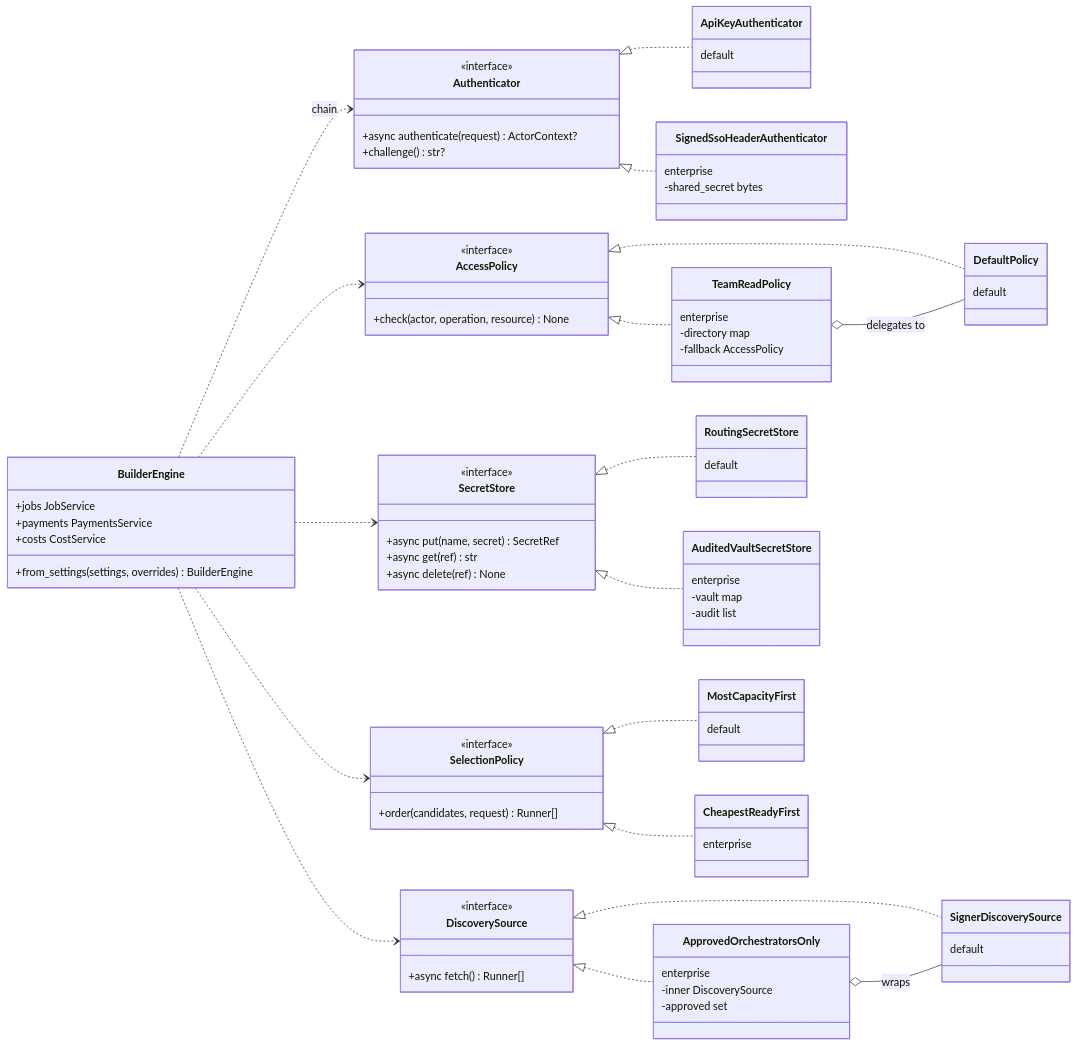
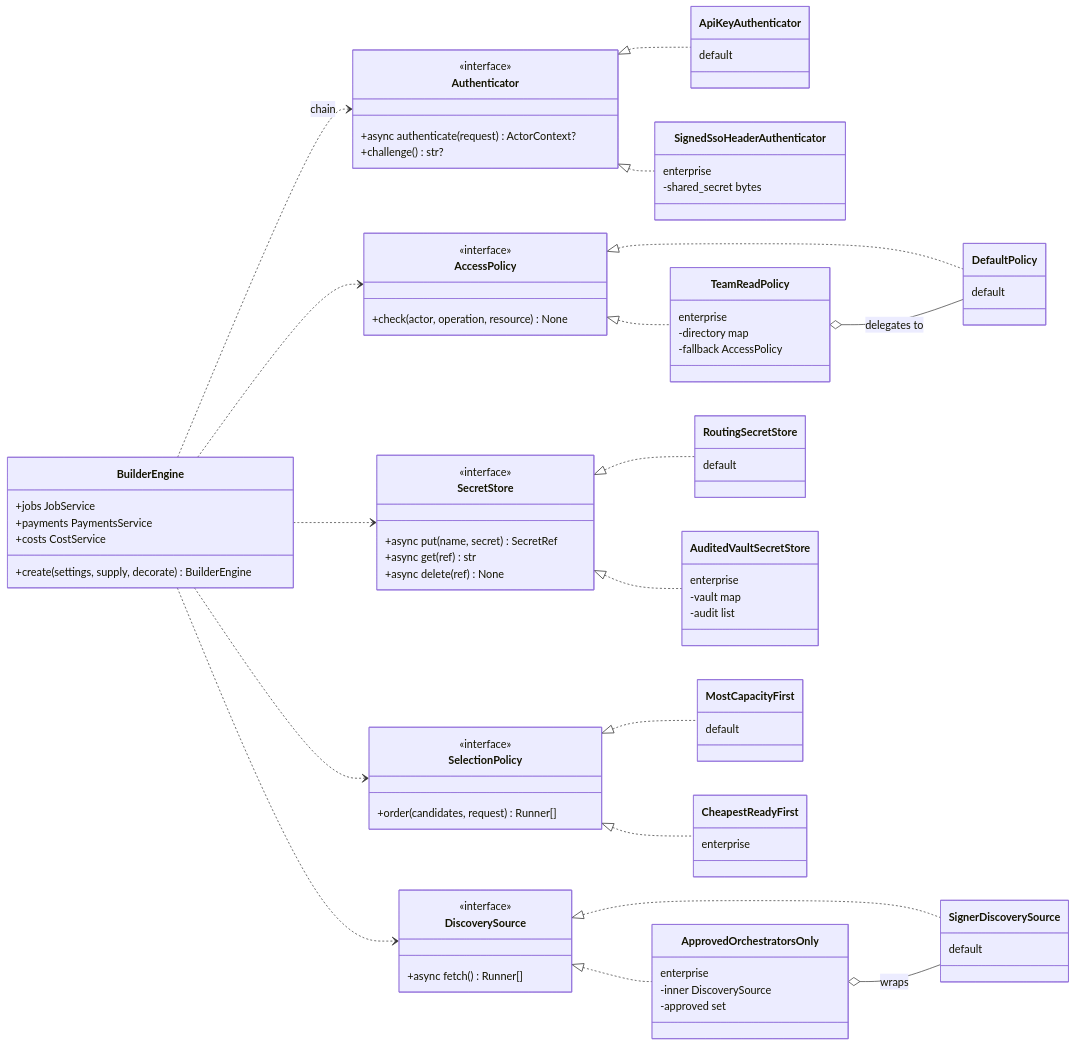
The diagram in docs/design-docs/extending-the-engine.md (NE-Build-Track/livepeer-builder-core), drawn with Mermaid before and after one commit. The commit also changed other lines of this file and 4 other files, not shown here.

First line of the commit message:
docs(extending): supply or decorate, with the guide's example checked against the test

```diff
--- a/docs/design-docs/extending-the-engine.md
+++ b/docs/design-docs/extending-the-engine.md
@@ -37,7 +38,7 @@
 classDiagram
     direction LR
     class BuilderEngine {
-        +from_settings(settings, overrides) BuilderEngine
+        +create(settings, supply, decorate) BuilderEngine
         +jobs JobService
         +payments PaymentsService
         +costs CostService
```
